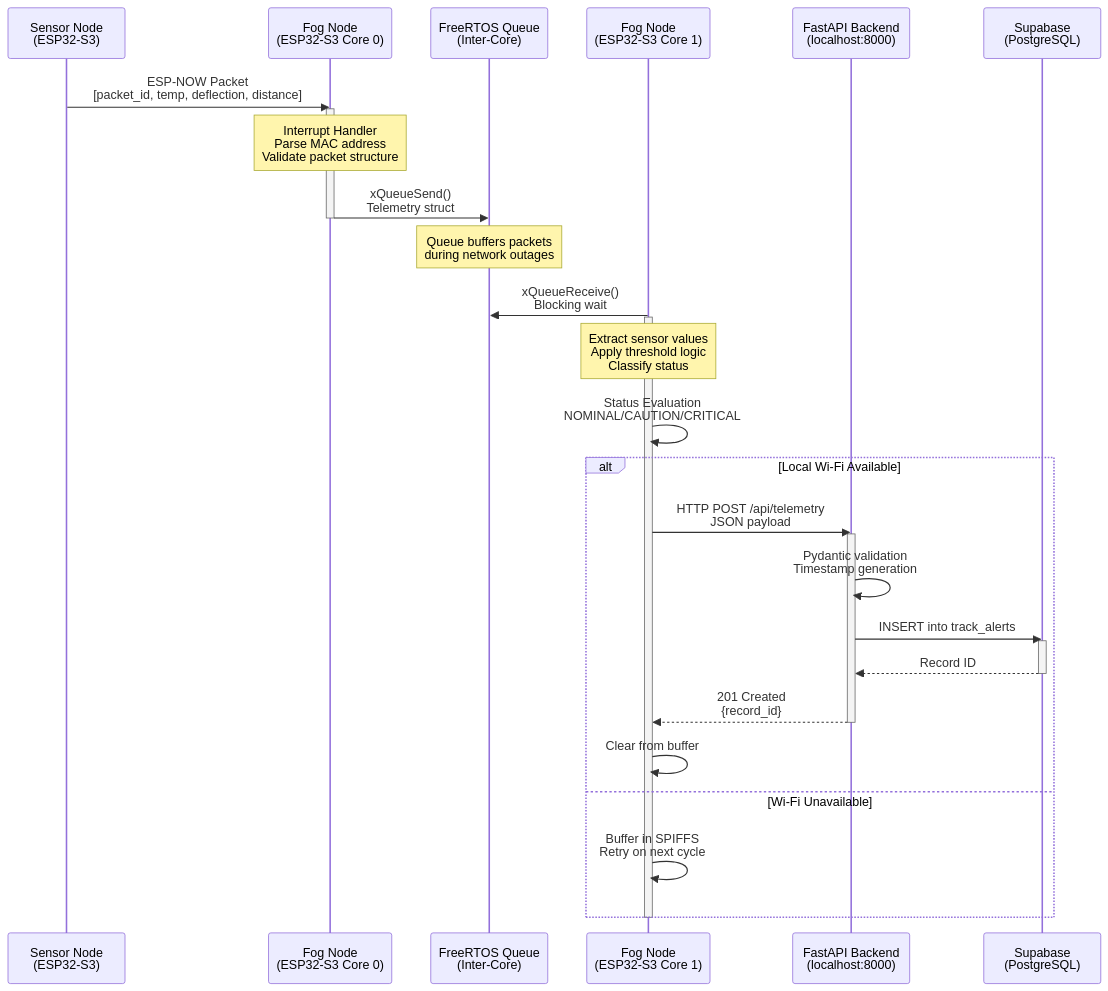
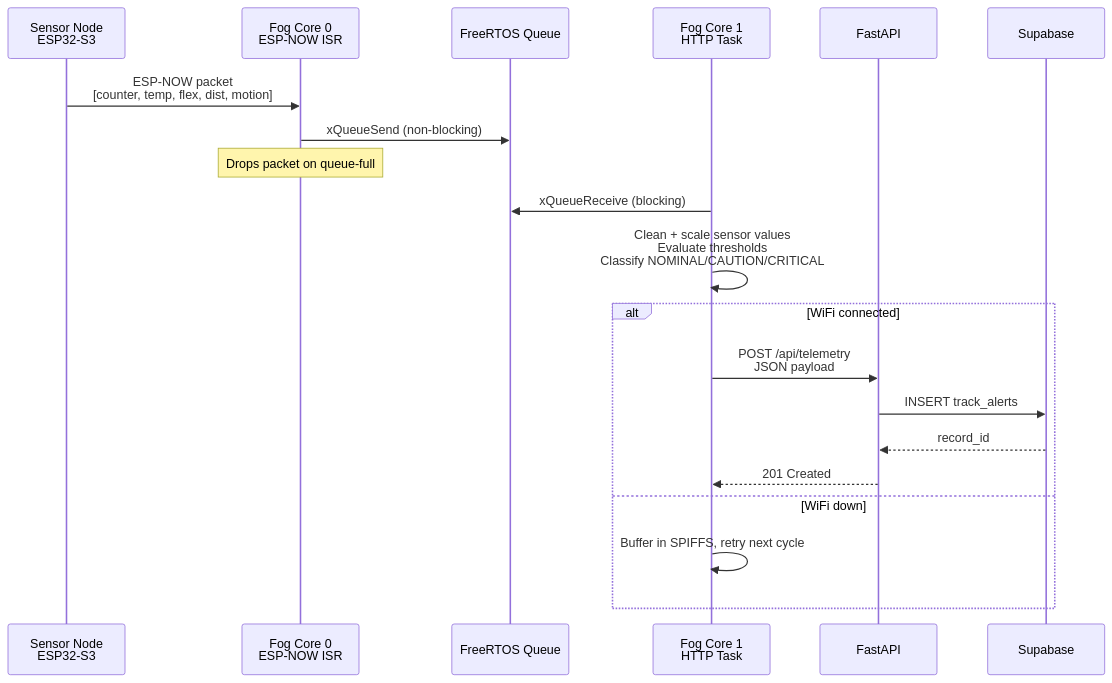
Before and after one commit to shandilyarindam/track-watch: the second of 4 diagrams in ARCHITECTURE.md, drawn with Mermaid. The commit also changed other lines of this file and 23 other files, not shown here.

Commit message:
feat: implement streaming architecture for local rag pipeline to resolve cpu latency bottlenecks

````diff
--- a/ARCHITECTURE.md
+++ b/ARCHITECTURE.md
@@ -38,38 +44,25 @@
 ```mermaid
 sequenceDiagram
-    participant SN as Sensor Node<br/>(ESP32-S3)
-    participant FN as Fog Node<br/>(ESP32-S3 Core 0)
-    participant FQ as FreeRTOS Queue<br/>(Inter-Core)
-    participant FC as Fog Node<br/>(ESP32-S3 Core 1)
-    participant API as FastAPI Backend<br/>(localhost:8000)
-    participant DB as Supabase<br/>(PostgreSQL)
+    participant SN as Sensor Node<br/>ESP32-S3
+    participant C0 as Fog Core 0<br/>ESP-NOW ISR
+    participant Q as FreeRTOS Queue
+    participant C1 as Fog Core 1<br/>HTTP Task
+    participant API as FastAPI
+    participant DB as Supabase
 
-    SN->>FN: ESP-NOW Packet<br/>[packet_id, temp, deflection, distance]
-    activate FN
-    Note over FN: Interrupt Handler<br/>Parse MAC address<br/>Validate packet structure
-    FN->>FQ: xQueueSend()<br/>Telemetry struct
-    deactivate FN
-    
-    Note over FQ: Queue buffers packets<br/>during network outages
-    
-    FC->>FQ: xQueueReceive()<br/>Blocking wait
-    activate FC
-    Note over FC: Extract sensor values<br/>Apply threshold logic<br/>Classify status
-    FC->>FC: Status Evaluation<br/>NOMINAL/CAUTION/CRITICAL
-    
-    alt Local Wi-Fi Available
-        FC->>API: HTTP POST /api/telemetry<br/>JSON payload
-        activate API
-        API->>API: Pydantic validation<br/>Timestamp generation
-        API->>DB: INSERT into track_alerts
-        activate DB
-        DB-->>API: Record ID
-        deactivate DB
-        API-->>FC: 201 Created<br/>{record_id}
-        deactivate API
-        FC->>FC: Clear from buffer
-    else Wi-Fi Unavailable
-        FC->>FC: Buffer in SPIFFS<br/>Retry on next cycle
+    SN->>C0: ESP-NOW packet<br/>[counter, temp, flex, dist, motion]
+    C0->>Q: xQueueSend (non-blocking)
+    Note over C0: Drops packet on queue-full
+
+    C1->>Q: xQueueReceive (blocking)
+    C1->>C1: Clean + scale sensor values<br/>Evaluate thresholds<br/>Classify NOMINAL/CAUTION/CRITICAL
+
+    alt WiFi connected
+        C1->>API: POST /api/telemetry<br/>JSON payload
+        API->>DB: INSERT track_alerts
+        DB-->>API: record_id
+        API-->>C1: 201 Created
+    else WiFi down
+        C1->>C1: Buffer in SPIFFS, retry next cycle
     end
-    deactivate FC
 ```
````
